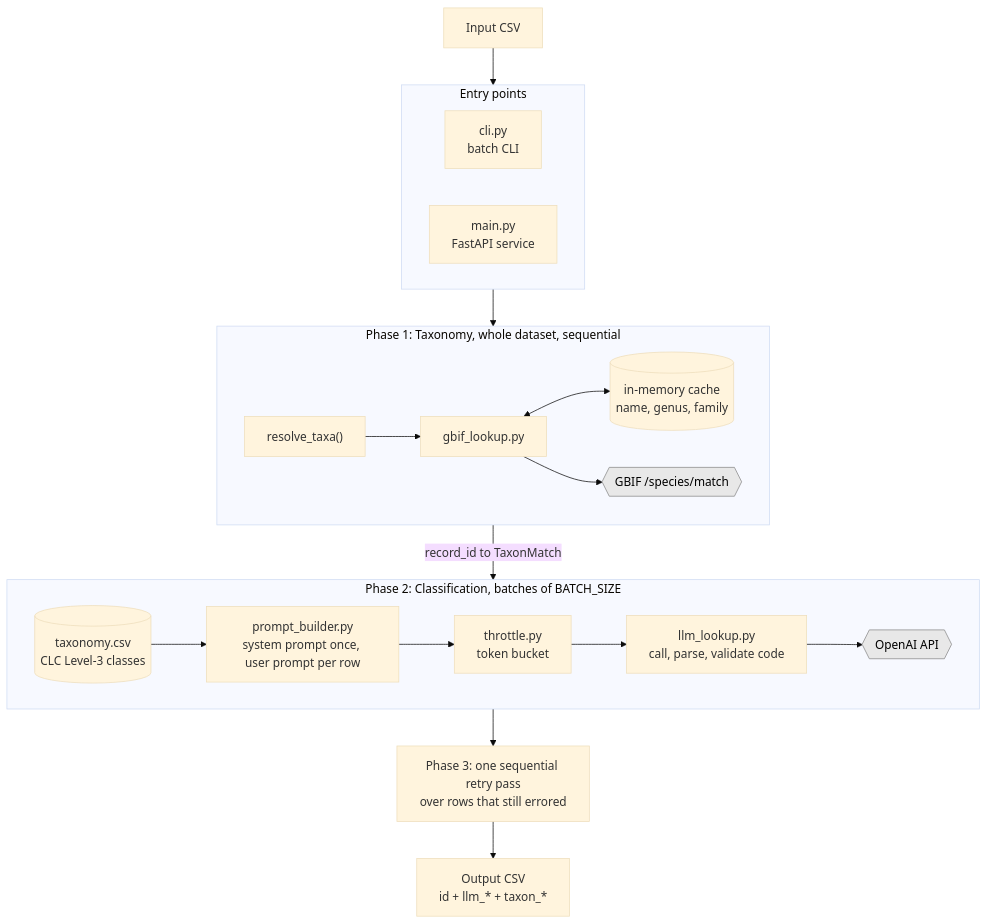
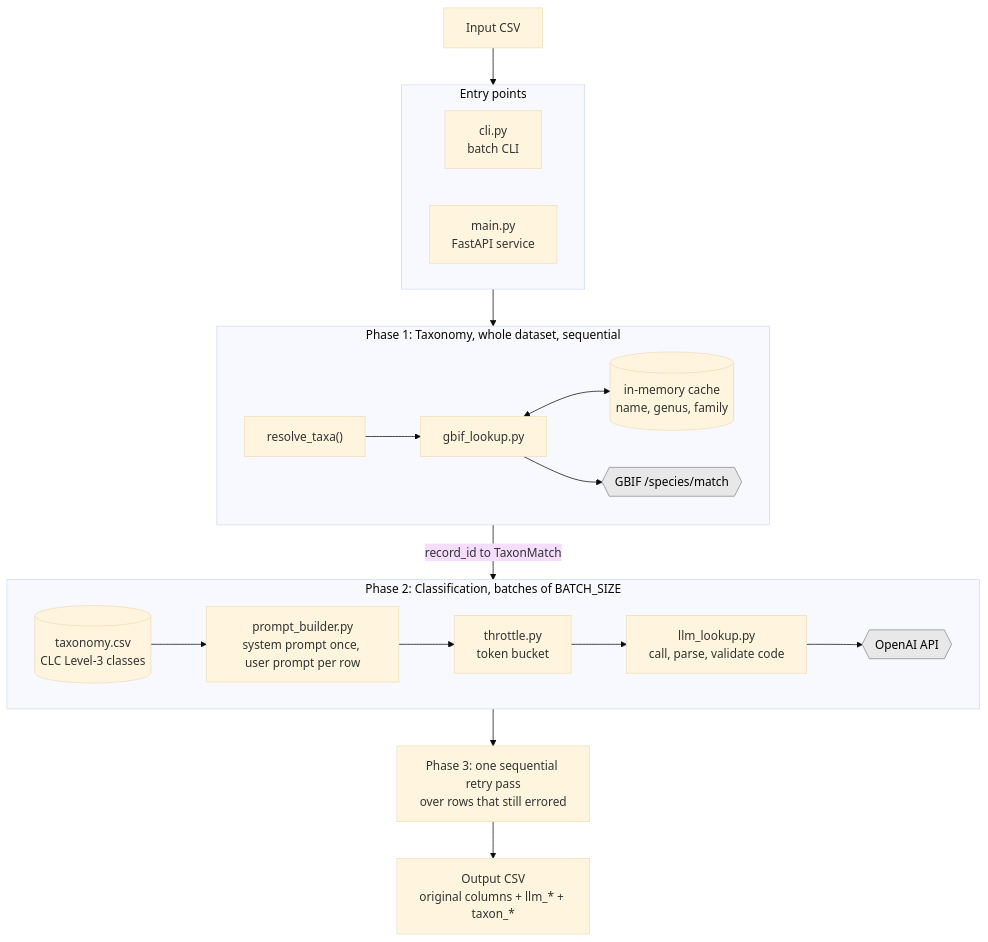
Before and after one commit to biodivportal/BiodivPipeline: the diagram in modules/local/taxonomy_classify/README.md, drawn with Mermaid (base theme). The commit also changed other lines of this file and 2 other files, not shown here.

First line of the commit message:
WP3: return whole input dataset with taxonomy columns appended

````diff
--- a/modules/local/taxonomy_classify/README.md
+++ b/modules/local/taxonomy_classify/README.md
@@ -200,34 +200,34 @@
 ```mermaid
 flowchart TD
     IN["Input CSV"] --> ENTRY
  
     subgraph ENTRY ["Entry points"]
         CLI["cli.py<br/>batch CLI"]
         API["main.py<br/>FastAPI service"]
     end
  
     ENTRY --> P1
  
     subgraph P1 ["Phase 1: Taxonomy, whole dataset, sequential"]
         RT["resolve_taxa()"] --> GB["gbif_lookup.py"]
         GB <--> CACHE[("in-memory cache<br/>name, genus, family")]
         GB --> GBIF{{"GBIF /species/match"}}
     end
  
     P1 -->|"record_id to TaxonMatch"| P2
  
     subgraph P2 ["Phase 2: Classification, batches of BATCH_SIZE"]
         PB["prompt_builder.py<br/>system prompt once, user prompt per row"]
         TB["throttle.py<br/>token bucket"]
         LLM["llm_lookup.py<br/>call, parse, validate code"]
         TAX[("taxonomy.csv<br/>CLC Level-3 classes")] --> PB
         PB --> TB --> LLM
         LLM --> OAI{{"OpenAI API"}}
     end
  
     P2 --> P3["Phase 3: one sequential retry pass<br/>over rows that still errored"]
-    P3 --> OUT["Output CSV<br/>id + llm_* + taxon_*"]
+    P3 --> OUT["Output CSV<br/>original columns + llm_* + taxon_*"]
  
     classDef ext fill:#e8e8e8,stroke:#888,color:#000;
     class GBIF,OAI ext;
 ```
````
